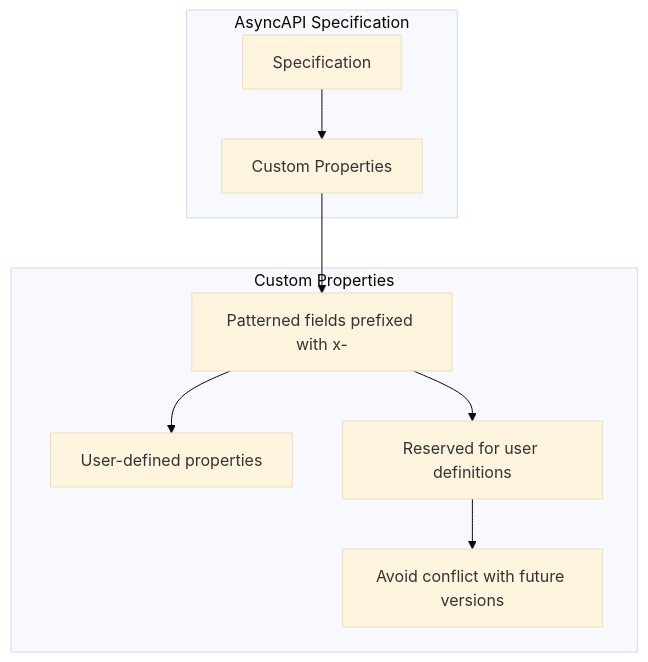
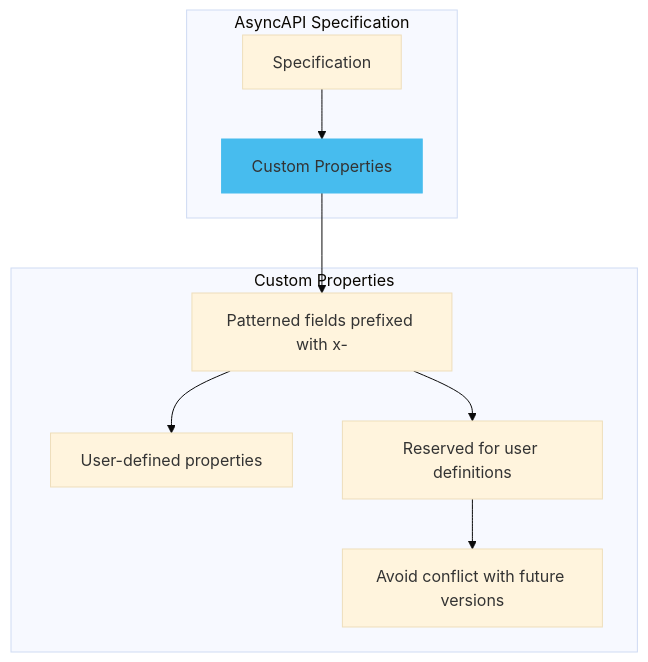
The first of 3 diagrams in pages/docs/concepts/asyncapi-document/extending-specification.md (asyncapi/website), drawn with Mermaid (base theme) before and after one commit. The commit also changed other lines of this file, not shown here.

Commit message:
add style in diagram

````diff
--- a/pages/docs/concepts/asyncapi-document/extending-specification.md
+++ b/pages/docs/concepts/asyncapi-document/extending-specification.md
@@ -16,12 +16,13 @@
 ```mermaid
 flowchart TD
     subgraph "AsyncAPI Specification"
         A[Specification] --> B[Custom Properties]
     end
-    subgraph "Custom Properties"
+    style B fill:#47BCEE,stroke:#47BCEE;
+    subgraph "Custom Properties" 
         B --> C[Patterned fields prefixed with x-]
         C --> D[User-defined properties]
         C --> E[Reserved for user definitions]
         E --> F[Avoid conflict with future versions]
     end
 ```
````
